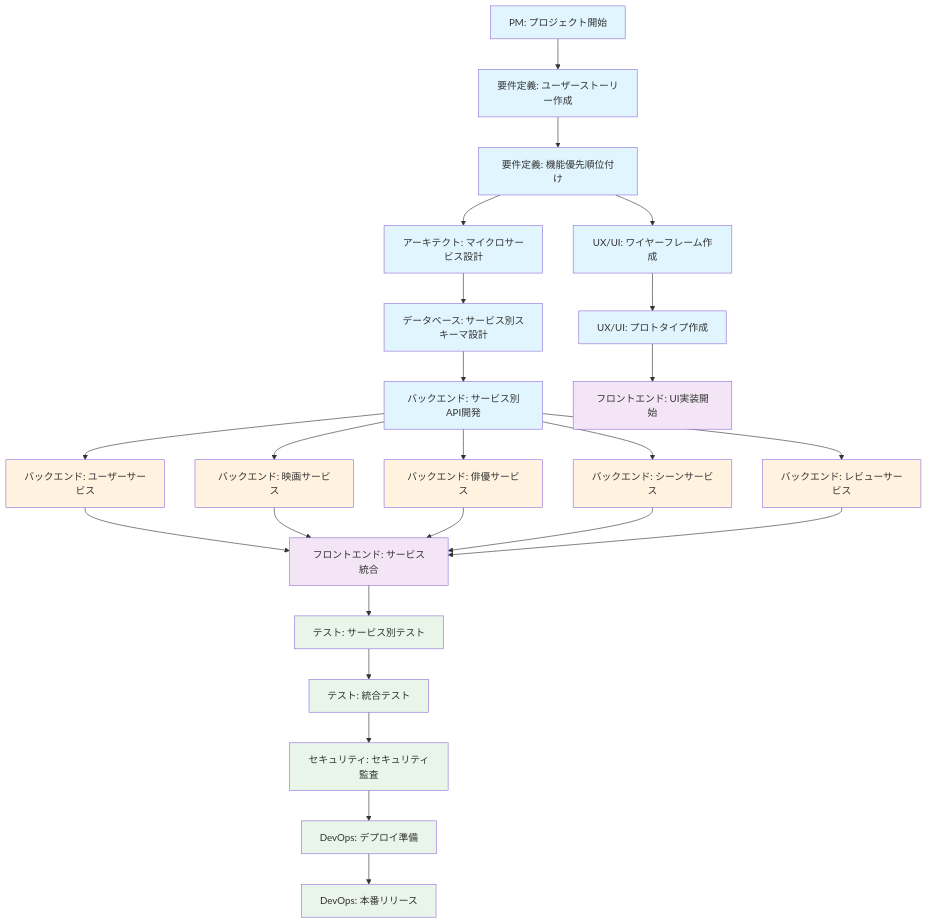
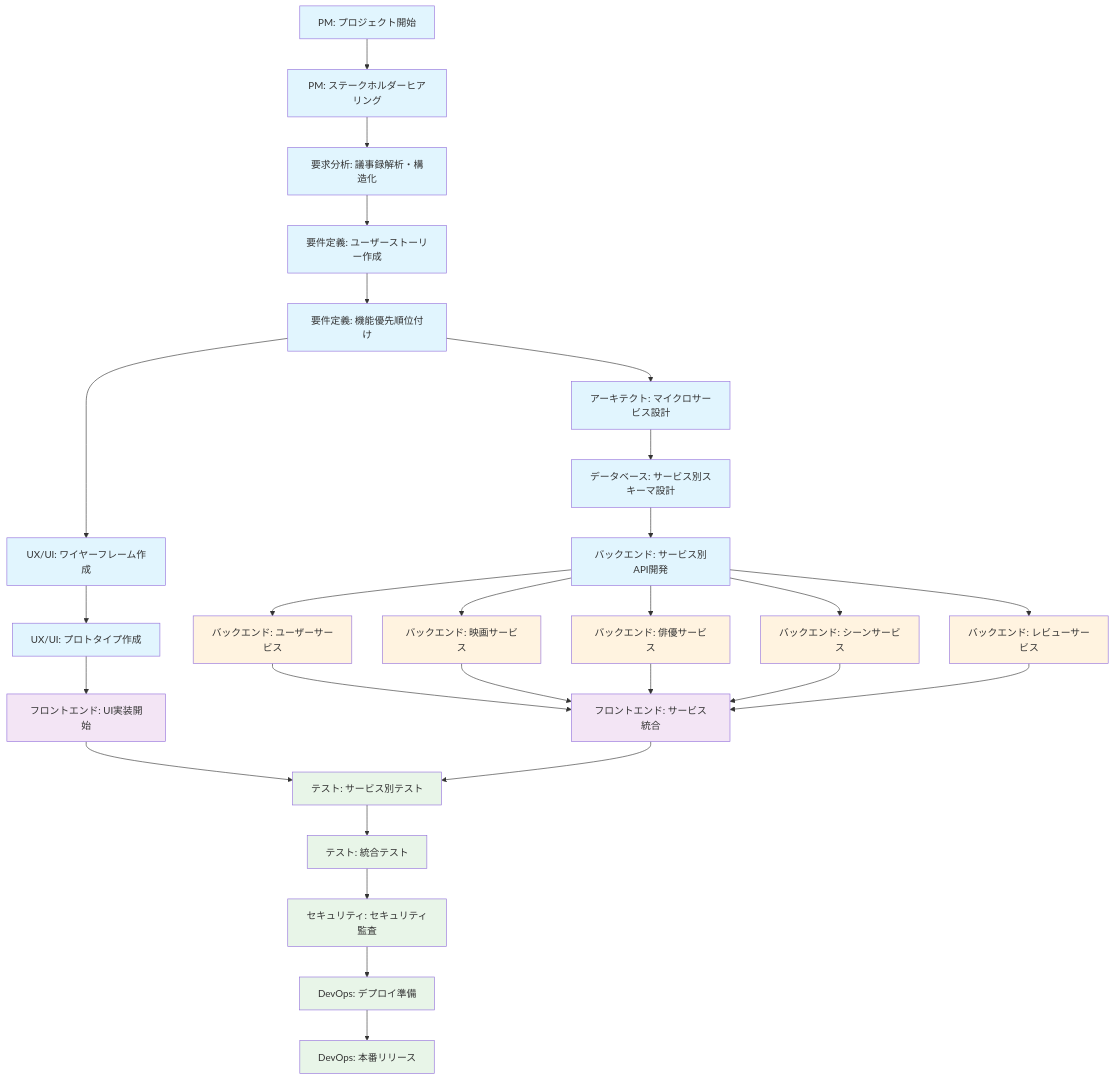
One commit to masakazu1967/cinecom changed the first of 2 diagrams in docs/project/charter.md. Above: the diagram before and after it, drawn with Mermaid. The commit also changed other lines of this file and 180 other files, not shown here.

First line of the commit message:
feat: implement comprehensive project charter and development framework (#1)

````diff
--- a/docs/project/charter.md
+++ b/docs/project/charter.md
@@ -1179,44 +672,47 @@
 ```mermaid
 graph TD
     %% Phase 1: プロジェクト基盤構築
-    A[PM: プロジェクト開始] --> B[要件定義: ユーザーストーリー作成]
-    B --> C[要件定義: 機能優先順位付け]
-    C --> D[アーキテクト: マイクロサービス設計]
-    C --> E[UX/UI: ワイヤーフレーム作成]
+    A[PM: プロジェクト開始] --> A1[PM: ステークホルダーヒアリング]
+    A1 --> B[要求分析: 議事録解析・構造化]
+    B --> C[要件定義: ユーザーストーリー作成]
+    C --> D[要件定義: 機能優先順位付け]
+    D --> E[アーキテクト: マイクロサービス設計]
+    D --> F[UX/UI: ワイヤーフレーム作成]
     
-    D --> F[データベース: サービス別スキーマ設計]
-    F --> G[バックエンド: サービス別API開発]
-    E --> H[UX/UI: プロトタイプ作成]
+    E --> G[データベース: サービス別スキーマ設計]
+    G --> H[バックエンド: サービス別API開発]
+    F --> I[UX/UI: プロトタイプ作成]
     
     %% Phase 2: マイクロサービス実装
-    G --> I[バックエンド: ユーザーサービス]
-    G --> J[バックエンド: 映画サービス]
-    G --> K[バックエンド: 俳優サービス]
-    G --> L[バックエンド: シーンサービス]
-    G --> M[バックエンド: レビューサービス]
+    H --> J[バックエンド: ユーザーサービス]
+    H --> K[バックエンド: 映画サービス]
+    H --> L[バックエンド: 俳優サービス]
+    H --> M[バックエンド: シーンサービス]
+    H --> N[バックエンド: レビューサービス]
     
-    H --> N[フロントエンド: UI実装開始]
-    I --> O[フロントエンド: サービス統合]
-    J --> O
-    K --> O
-    L --> O
-    M --> O
+    I --> O[フロントエンド: UI実装開始]
+    J --> P[フロントエンド: サービス統合]
+    K --> P
+    L --> P
+    M --> P
+    N --> P
     
     %% Phase 3: テスト・品質保証
-    O --> P[テスト: サービス別テスト]
-    P --> Q[テスト: 統合テスト]
-    Q --> R[セキュリティ: セキュリティ監査]
-    R --> S[DevOps: デプロイ準備]
-    S --> T[DevOps: 本番リリース]
+    O --> Q[テスト: サービス別テスト]
+    P --> Q
+    Q --> R[テスト: 統合テスト]
+    R --> S[セキュリティ: セキュリティ監査]
+    S --> T[DevOps: デプロイ準備]
+    T --> U[DevOps: 本番リリース]
     
     %% スタイリング
     classDef phase1 fill:#e1f5fe
     classDef phase2 fill:#f3e5f5
     classDef phase3 fill:#e8f5e8
     classDef services fill:#fff3e0
     
-    class A,B,C,D,E,F,G,H phase1
-    class I,J,K,L,M,N,O phase2
-    class P,Q,R,S,T phase3
-    class I,J,K,L,M services
+    class A,A1,B,C,D,E,F,G,H,I phase1
+    class J,K,L,M,N,O,P phase2
+    class Q,R,S,T,U phase3
+    class J,K,L,M,N services
 ```
````
